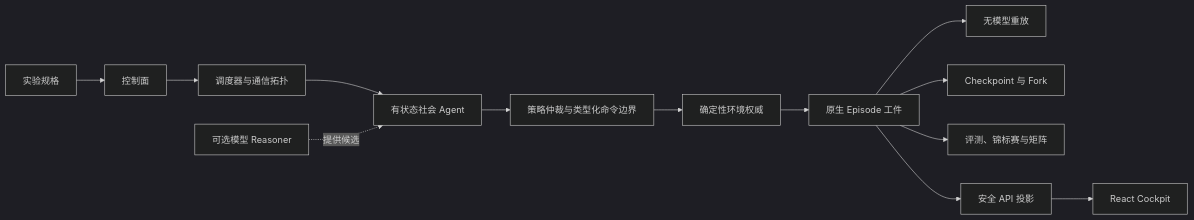
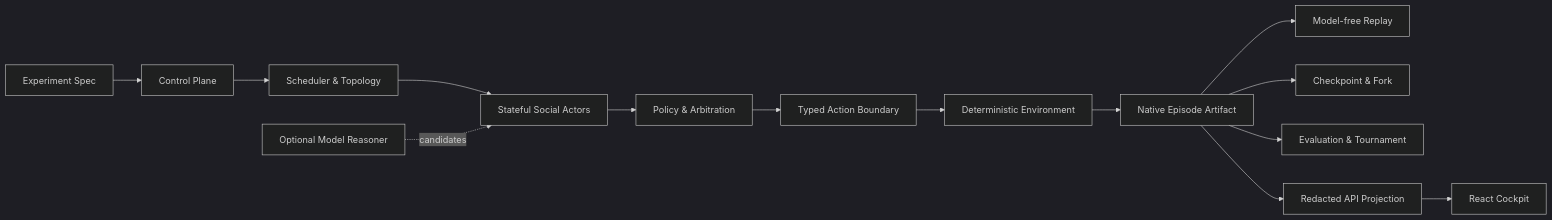
Before and after one commit to multi-zhangyang/werewolf-multi-agent-social-harness: the diagram in README.md, drawn with Mermaid (dark theme). The commit also changed other lines of this file and 56 other files, not shown here.

````diff
--- a/README.md
+++ b/README.md
@@ -162,15 +126,16 @@
 ```mermaid
 flowchart LR
-    Spec[实验规格] --> Control[控制面]
-    Control --> Scheduler[调度器与通信拓扑]
-    Scheduler --> Agents[有状态社会 Agent]
-    Reasoners[可选模型 Reasoner] -. 提供候选 .-> Agents
-    Agents --> Boundary[策略仲裁与类型化命令边界]
-    Boundary --> Environment[确定性环境权威]
-    Environment --> Artifact[原生 Episode 工件]
-    Artifact --> Replay[无模型重放]
-    Artifact --> Lineage[Checkpoint 与 Fork]
-    Artifact --> Evaluation[评测、锦标赛与矩阵]
-    Artifact --> API[安全 API 投影]
-    API --> Cockpit[React Cockpit]
+    Spec[Experiment Spec] --> Control[Control Plane]
+    Control --> Scheduler[Scheduler & Topology]
+    Scheduler --> Actors[Stateful Social Actors]
+    Reasoner[Optional Model Reasoner] -. candidates .-> Actors
+    Actors --> Policy[Policy & Arbitration]
+    Policy --> Boundary[Typed Action Boundary]
+    Boundary --> Environment[Deterministic Environment]
+    Environment --> Artifact[Native Episode Artifact]
+    Artifact --> Replay[Model-free Replay]
+    Artifact --> Lineage[Checkpoint & Fork]
+    Artifact --> Evaluation[Evaluation & Tournament]
+    Artifact --> Projection[Redacted API Projection]
+    Projection --> Cockpit[React Cockpit]
 ```
````
